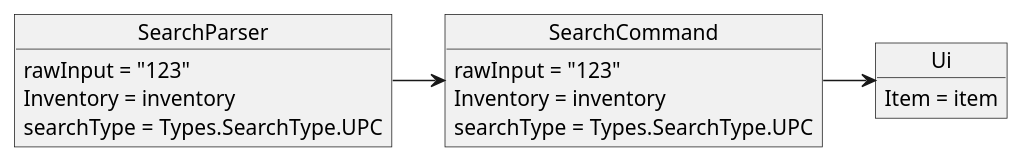
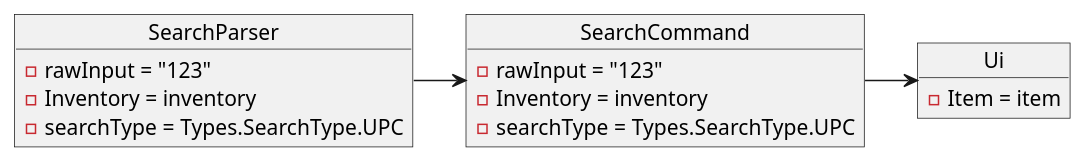
One commit to nus-cs2113-AY2223S2/tp changed the diagram in docs/UML/Search/SearchStep5UPC.puml. Above: the diagram before and after it, drawn with PlantUML. The commit also changed 20 other files, not shown here.

Commit message:
Small changes to uml diagrams for search and filter

```diff
--- a/docs/UML/Search/SearchStep5UPC.puml
+++ b/docs/UML/Search/SearchStep5UPC.puml
@@ -1,23 +1,23 @@
 @startuml
 'https://plantuml.com/object-diagram
 
 object SearchParser{
-    rawInput = "123"
-    Inventory = inventory
-    searchType = Types.SearchType.UPC
+    - rawInput = "123"
+    - Inventory = inventory
+    - searchType = Types.SearchType.UPC
 }
 
 object SearchCommand{
-    rawInput = "123"
-    Inventory = inventory
-    searchType = Types.SearchType.UPC
+    - rawInput = "123"
+    - Inventory = inventory
+    - searchType = Types.SearchType.UPC
 }
 
 object Ui{
-    Item = item
+    - Item = item
 }
 
 SearchParser -> SearchCommand
 SearchCommand -> Ui
 
 @enduml
```
